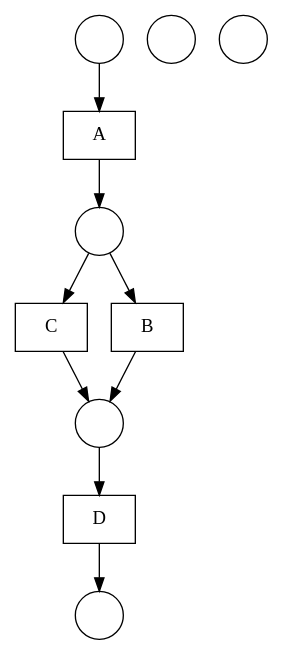
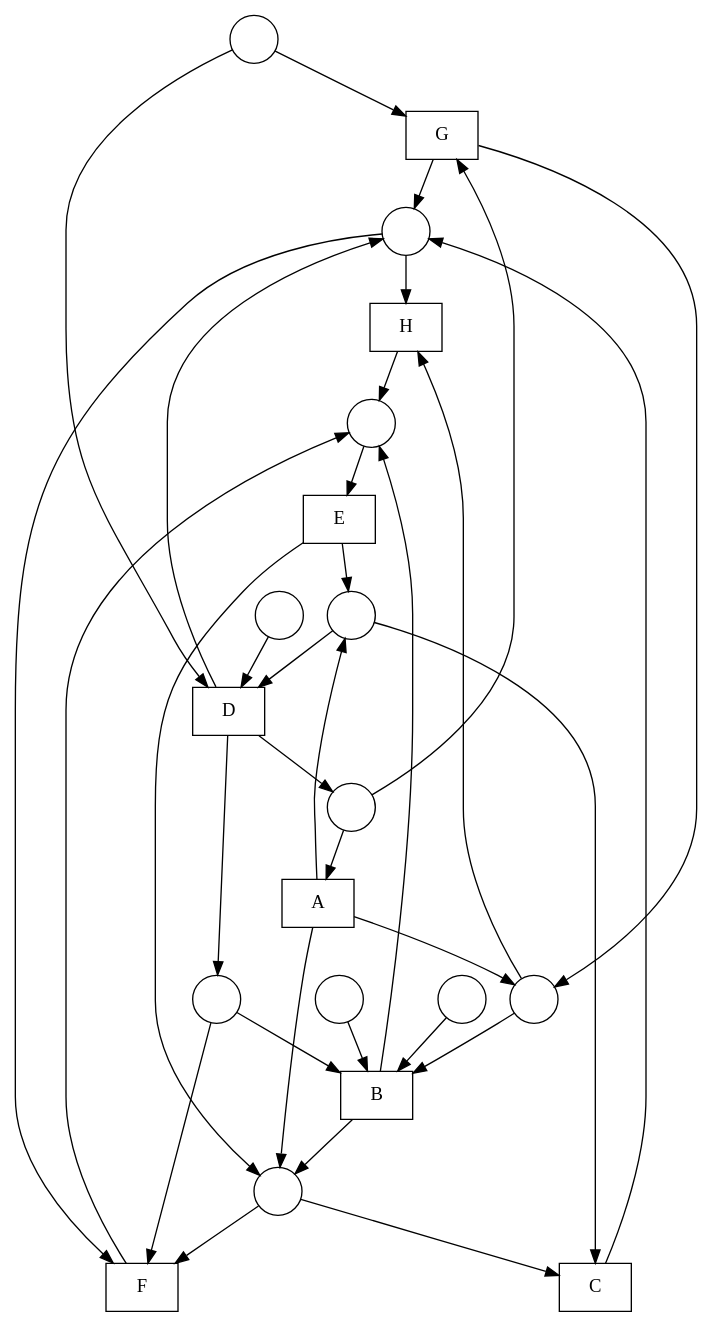
The diagram in nets/Fittest net.gv (DWitek97/GeneticMiner), drawn with Graphviz before and after one commit. The commit also changed 6 other files, not shown here.

```diff
--- a/nets/Fittest net.gv
+++ b/nets/Fittest net.gv
@@ -1,22 +1,56 @@
 digraph "Fittest net" {
 	node [shape=box]
+	G [label=G]
+	E [label=E]
+	A [label=A]
+	C [label=C]
+	H [label=H]
 	D [label=D]
-	C [label=C]
-	A [label=A]
 	B [label=B]
+	F [label=F]
 	node [shape=circle]
 	1 [label=" "]
 	2 [label=" "]
 	3 [label=" "]
 	4 [label=" "]
 	5 [label=" "]
 	6 [label=" "]
+	7 [label=" "]
+	8 [label=" "]
+	9 [label=" "]
+	10 [label=" "]
+	11 [label=" "]
+	1 -> G
+	4 -> G
+	G -> 2
+	G -> 6
+	10 -> E
+	E -> 11
+	E -> 9
+	1 -> A
+	A -> 11
+	A -> 9
+	A -> 6
+	9 -> C
+	11 -> C
+	C -> 2
+	2 -> H
+	6 -> H
+	H -> 10
+	3 -> D
 	4 -> D
+	9 -> D
+	D -> 1
+	D -> 7
 	D -> 2
-	3 -> C
-	C -> 4
-	1 -> A
-	A -> 3
-	3 -> B
-	B -> 4
+	7 -> B
+	8 -> B
+	6 -> B
+	5 -> B
+	B -> 11
+	B -> 10
+	2 -> F
+	11 -> F
+	7 -> F
+	F -> 10
 }
```
